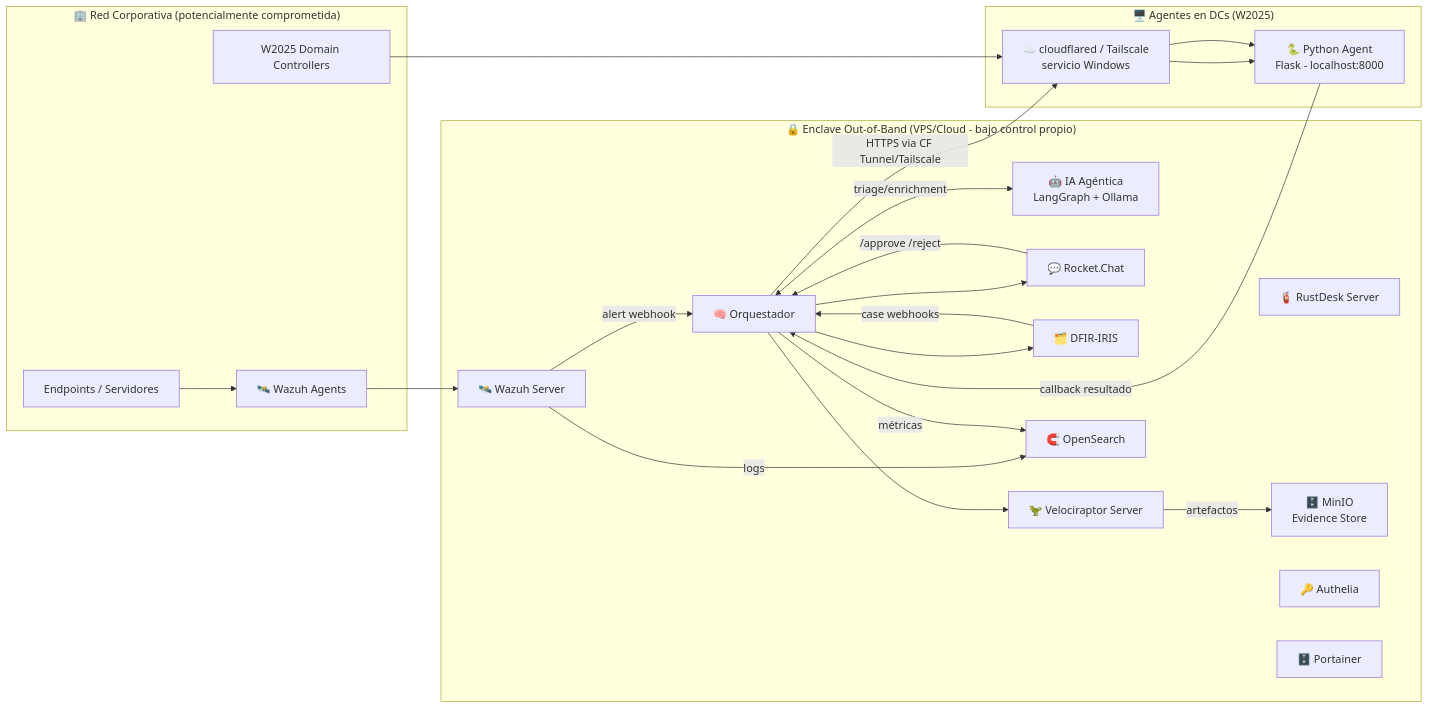
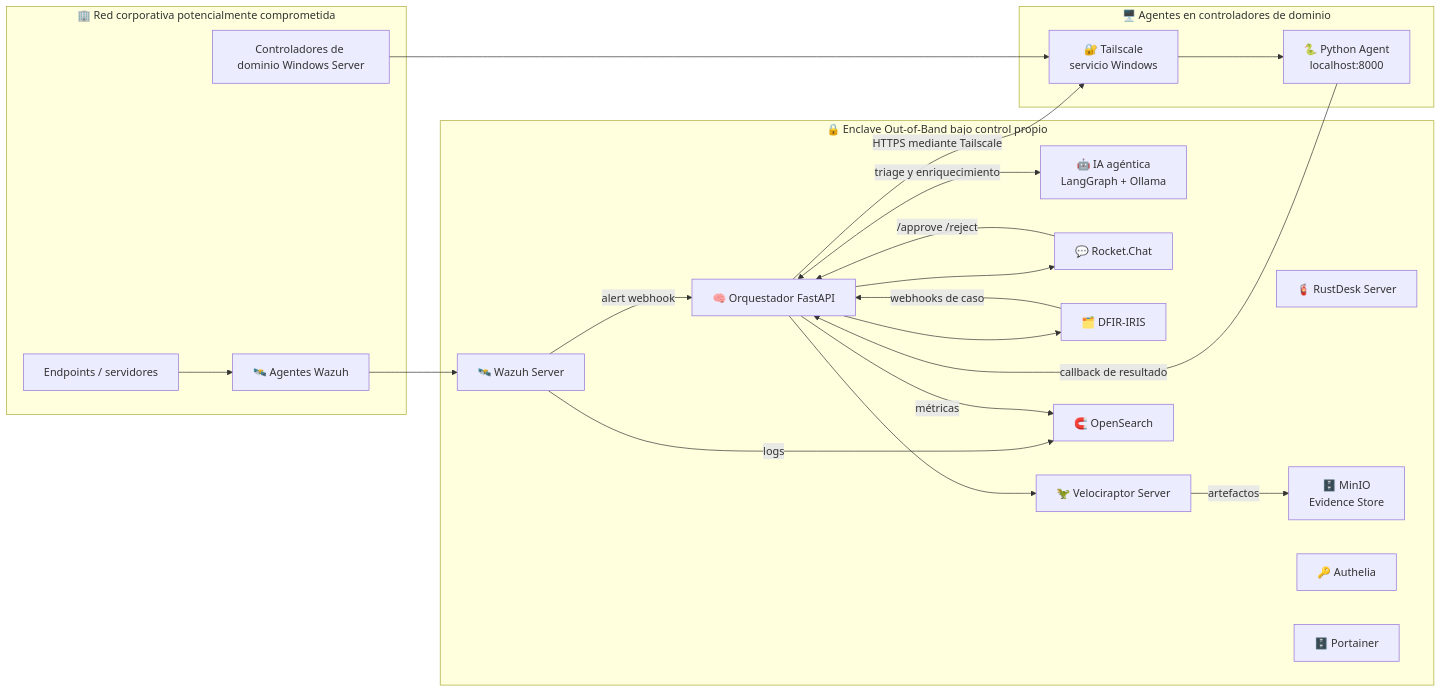
The first of 2 diagrams in README.md (jluisreyvargas/tfm-alerta-temprana-oob), drawn with Mermaid before and after one commit. The commit also changed other lines of this file, not shown here.

````diff
--- a/README.md
+++ b/README.md
@@ -66,43 +66,42 @@
 ```mermaid
 flowchart LR
-  subgraph CORP["🏢 Red Corporativa (potencialmente comprometida)"]
-    A[Endpoints / Servidores]
-    DC[W2025 Domain Controllers]
-    W[🛰️ Wazuh Agents]
+  subgraph CORP["🏢 Red corporativa potencialmente comprometida"]
+    A[Endpoints / servidores]
+    DC[Controladores de dominio Windows Server]
+    W[🛰️ Agentes Wazuh]
   end
 
-  subgraph ENCLAVE["🔒 Enclave Out-of-Band (VPS/Cloud - bajo control propio)"]
+  subgraph ENCLAVE["🔒 Enclave Out-of-Band bajo control propio"]
     WZ[🛰️ Wazuh Server]
-    ORC[🧠 Orquestador]
-    AI[🤖 IA Agéntica\nLangGraph + Ollama]
+    ORC[🧠 Orquestador FastAPI]
+    AI[🤖 IA agéntica\nLangGraph + Ollama]
     RC[💬 Rocket.Chat]
     IRIS[🗂️ DFIR-IRIS]
     VR[🦖 Velociraptor Server]
     RD[🧯 RustDesk Server]
     OS[🧲 OpenSearch]
     MINIO[🗄️ MinIO\nEvidence Store]
     AUTH[🔑 Authelia]
     PORT[🗄️ Portainer]
   end
 
-  subgraph DC_AGENTS["🖥️ Agentes en DCs (W2025)"]
-    CFT[☁️ cloudflared / Tailscale\nservicio Windows]
-    PYA[🐍 Python Agent\nFlask - localhost:8000]
+  subgraph DC_AGENTS["🖥️ Agentes en controladores de dominio"]
+    TS[🔐 Tailscale\nservicio Windows]
+    PYA[🐍 Python Agent\nlocalhost:8000]
   end
 
   A --> W --> WZ
-  DC --> CFT --> PYA
+  DC --> TS --> PYA
   WZ -->|alert webhook| ORC
-  ORC <-->|triage/enrichment| AI
+  ORC <-->|triage y enriquecimiento| AI
   ORC --> RC
   ORC --> IRIS
   ORC --> VR
-  ORC -->|HTTPS via CF Tunnel/Tailscale| CFT
-  CFT --> PYA
-  PYA -->|callback resultado| ORC
+  ORC -->|HTTPS mediante Tailscale| TS
+  PYA -->|callback de resultado| ORC
   RC -->|/approve /reject| ORC
   VR -->|artefactos| MINIO
-  IRIS -->|case webhooks| ORC
+  IRIS -->|webhooks de caso| ORC
   WZ -->|logs| OS
   ORC -->|métricas| OS
 ```
````
